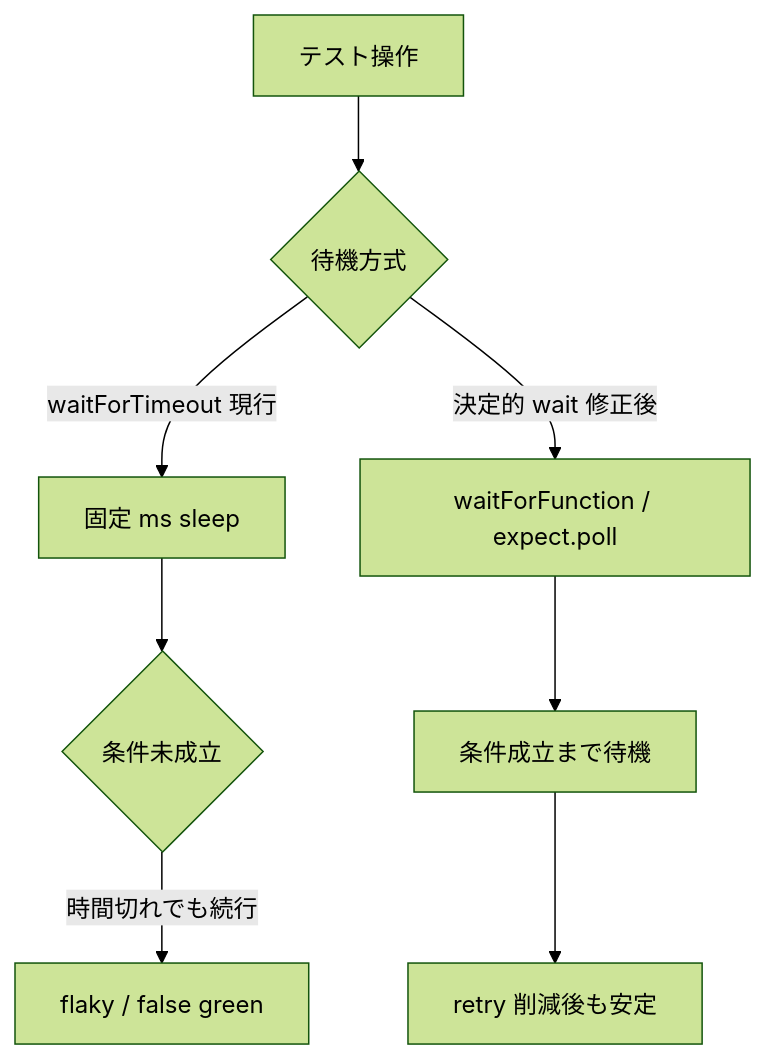
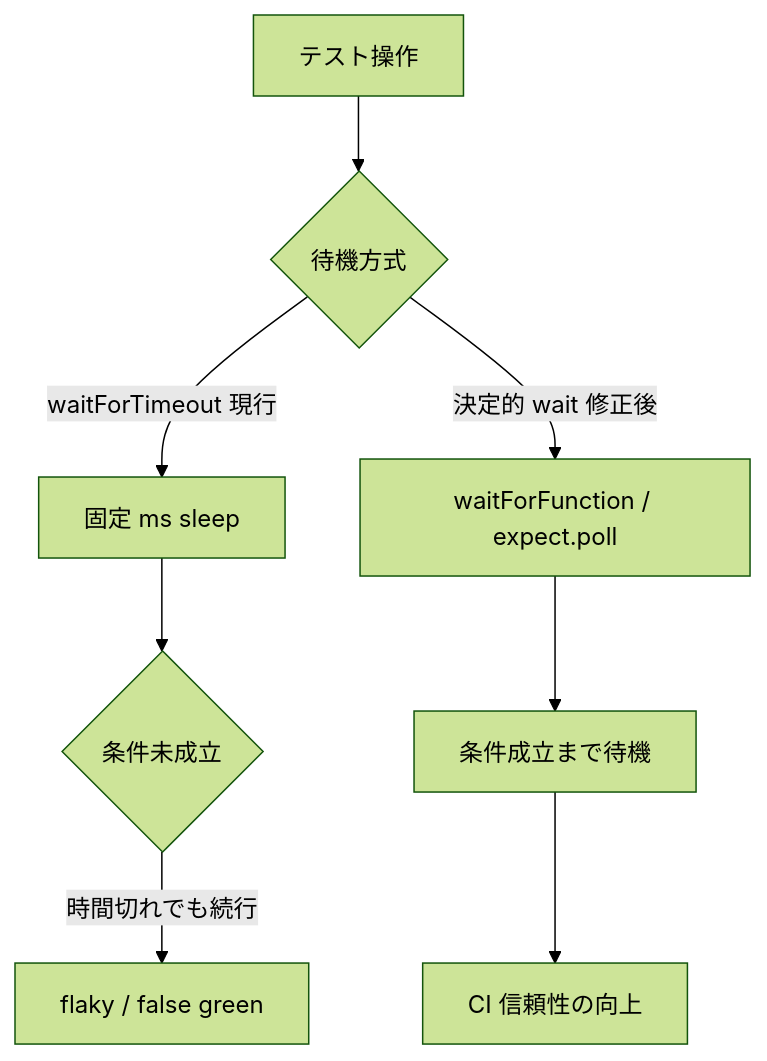
Before and after one commit to shiguredo/sora-js-sdk: the diagram in issues/0032-test-refactor-waitfortimeout-to-deterministic-wait.md, drawn with Mermaid (forest theme). The commit also changed other lines of this file, not shown here.

````diff
--- a/issues/0032-test-refactor-waitfortimeout-to-deterministic-wait.md
+++ b/issues/0032-test-refactor-waitfortimeout-to-deterministic-wait.md
@@ -21,10 +21,10 @@
 ```mermaid
 flowchart TD
     A[テスト操作] --> B{待機方式}
     B -->|waitForTimeout 現行| C[固定 ms sleep]
     C --> D{条件未成立}
     D -->|時間切れでも続行| E[flaky / false green]
     B -->|決定的 wait 修正後| F[waitForFunction / expect.poll]
     F --> G[条件成立まで待機]
-    G --> H[retry 削減後も安定]
+    G --> H[CI 信頼性の向上]
 ```
````
